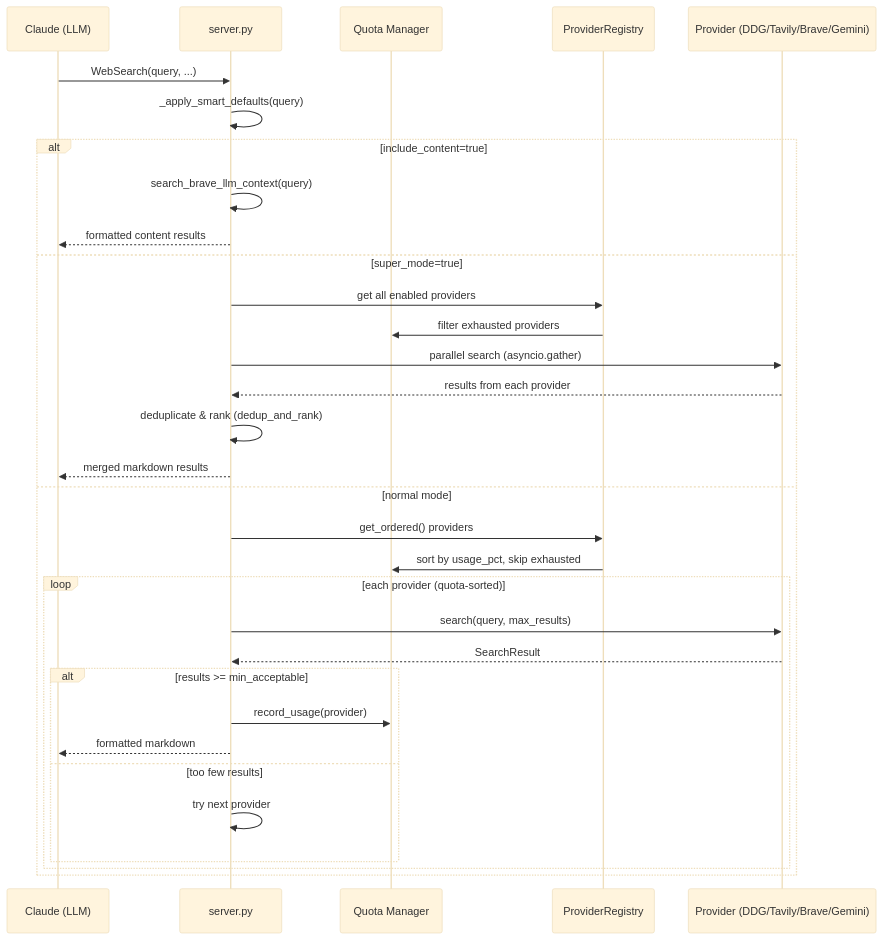
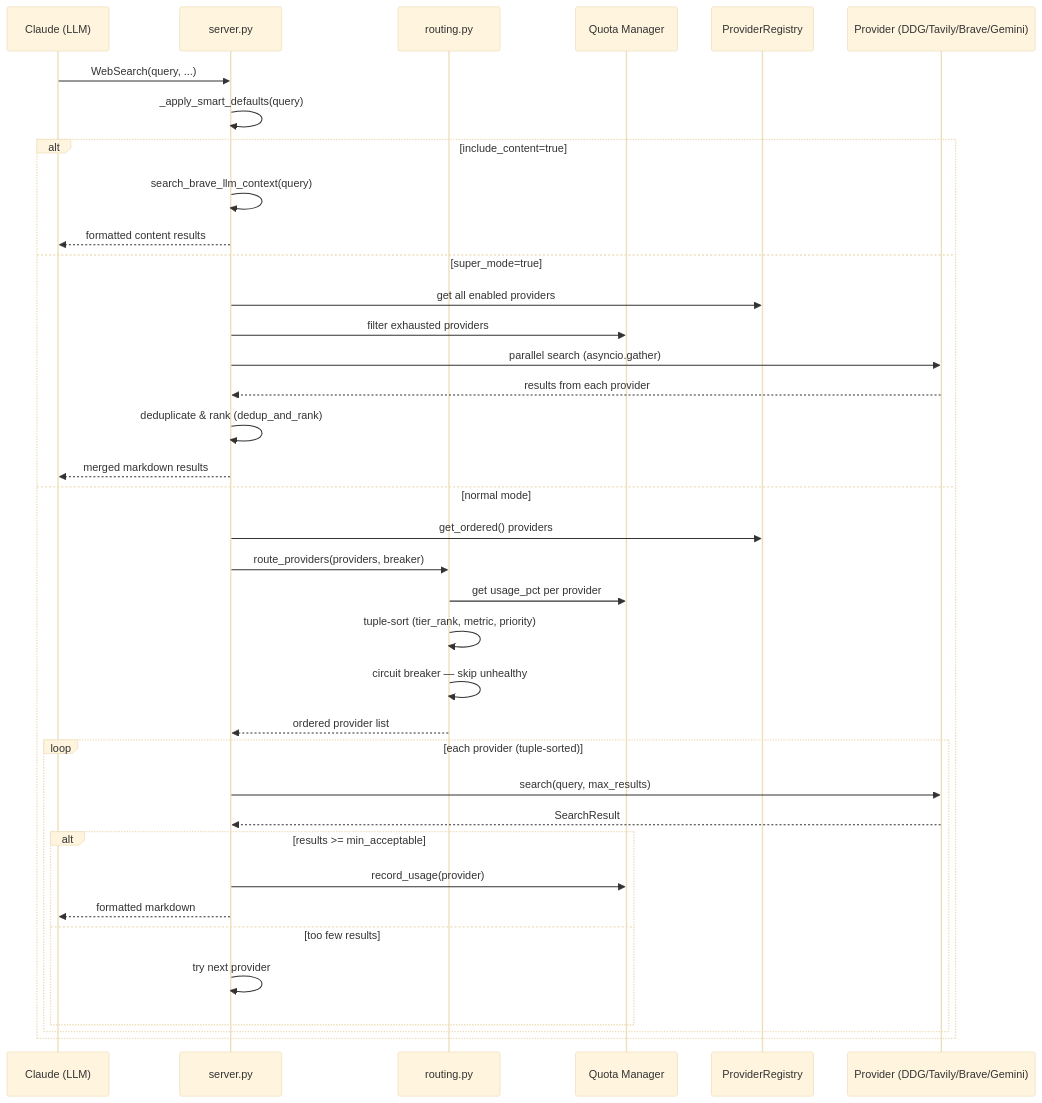
The second of 5 diagrams in docs/architecture.md (Tannnnhauser/pivot-web-search), drawn with Mermaid (base theme) before and after one commit. The commit also changed other lines of this file and 2 other files, not shown here.

Commit message:
Remove internal design docs, update architecture.md
- Remove load-balancer-design.md (stale pre-implementation design doc)
- Remove usability-enhancements.md (internal discussion record)
- Update architecture.md: add routing.py to sequence diagram,
  add pretool-check.py to file listing, fix docs/ description

````diff
--- a/docs/architecture.md
+++ b/docs/architecture.md
@@ -85,36 +85,41 @@
 ```mermaid
 sequenceDiagram
     participant LLM as Claude (LLM)
     participant S as server.py
+    participant RT as routing.py
     participant Q as Quota Manager
     participant R as ProviderRegistry
     participant P as Provider (DDG/Tavily/Brave/Gemini)
 
     LLM->>S: WebSearch(query, ...)
     S->>S: _apply_smart_defaults(query)
     
     alt include_content=true
         S->>S: search_brave_llm_context(query)
         S-->>LLM: formatted content results
     else super_mode=true
         S->>R: get all enabled providers
-        R->>Q: filter exhausted providers
+        S->>Q: filter exhausted providers
         S->>P: parallel search (asyncio.gather)
         P-->>S: results from each provider
         S->>S: deduplicate & rank (dedup_and_rank)
         S-->>LLM: merged markdown results
     else normal mode
         S->>R: get_ordered() providers
-        R->>Q: sort by usage_pct, skip exhausted
-        loop each provider (quota-sorted)
+        S->>RT: route_providers(providers, breaker)
+        RT->>Q: get usage_pct per provider
+        RT->>RT: tuple-sort (tier_rank, metric, priority)
+        RT->>RT: circuit breaker — skip unhealthy
+        RT-->>S: ordered provider list
+        loop each provider (tuple-sorted)
             S->>P: search(query, max_results)
             P-->>S: SearchResult
             alt results >= min_acceptable
                 S->>Q: record_usage(provider)
                 S-->>LLM: formatted markdown
             else too few results
                 S->>S: try next provider
             end
         end
     end
 ```
````
